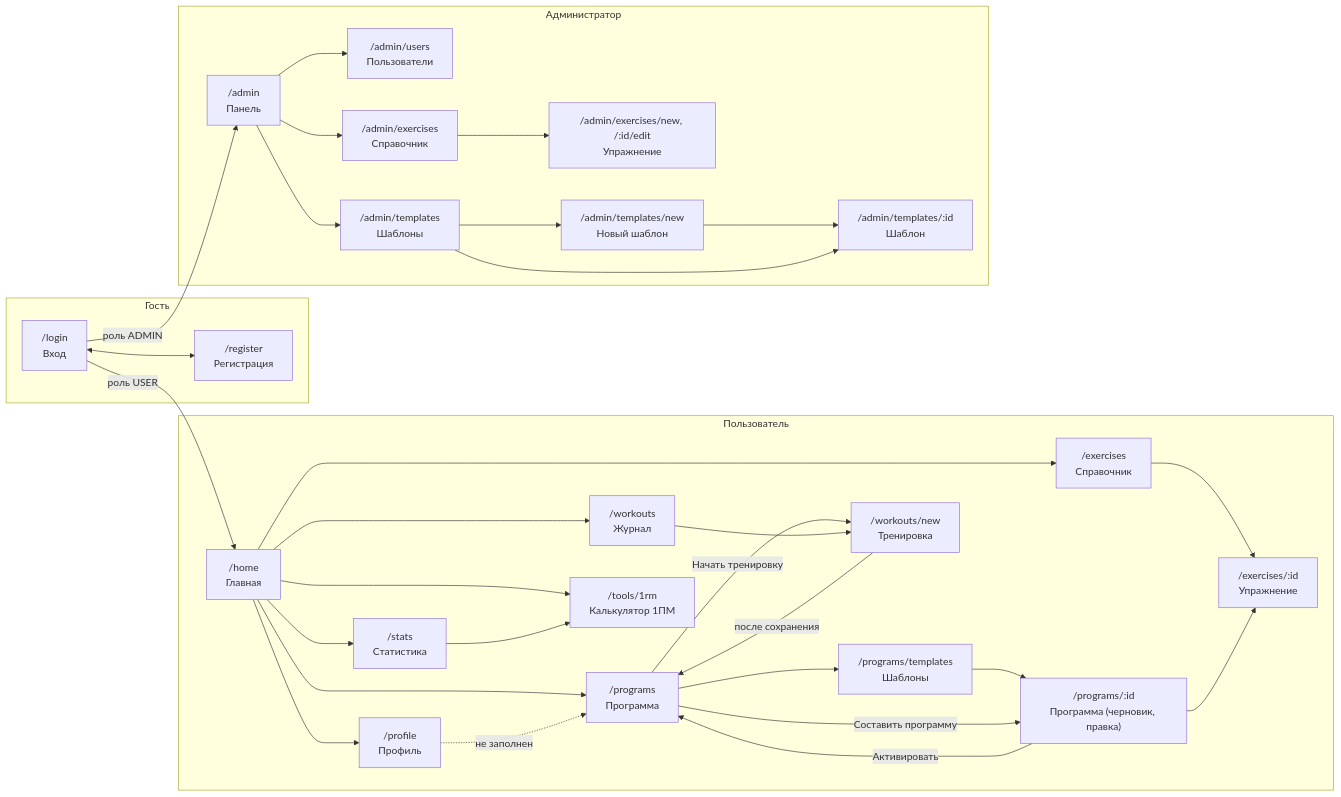
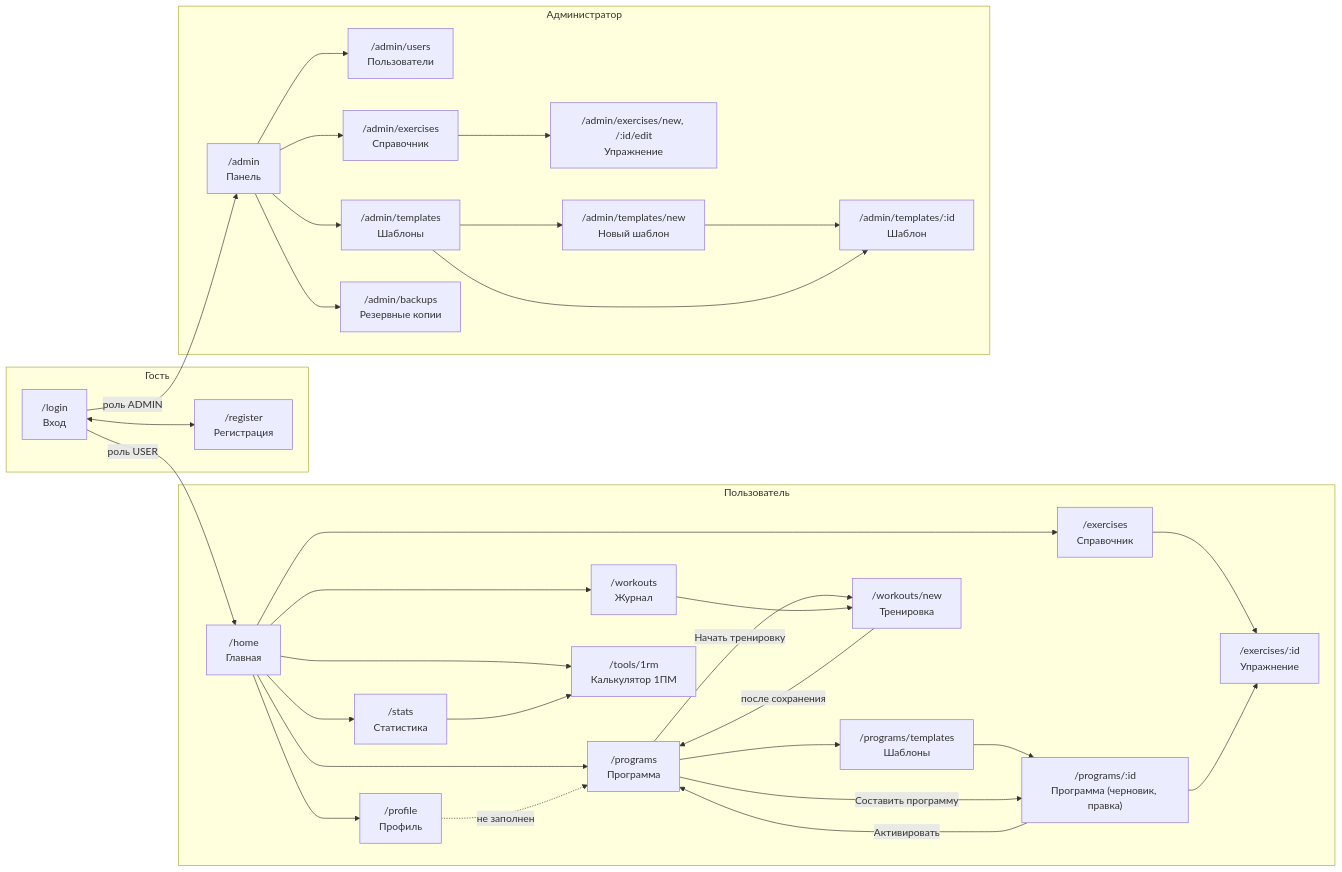
Before and after one commit to lightasphodel/gym_work: the diagram in docs/navigation.md, drawn with Mermaid. The commit also changed other lines of this file and 33 other files, not shown here.

````diff
--- a/docs/navigation.md
+++ b/docs/navigation.md
@@ -5,49 +5,50 @@
 ```mermaid
 flowchart LR
   subgraph Гость
     login["/login<br>Вход"] <--> register["/register<br>Регистрация"]
   end
 
   login -- "роль USER" --> home
   login -- "роль ADMIN" --> admin
 
   subgraph Пользователь
     home["/home<br>Главная"]
     programs["/programs<br>Программа"]
     templates["/programs/templates<br>Шаблоны"]
     program["/programs/:id<br>Программа (черновик, правка)"]
     wnew["/workouts/new<br>Тренировка"]
     journal["/workouts<br>Журнал"]
     stats["/stats<br>Статистика"]
     ex["/exercises<br>Справочник"]
     exone["/exercises/:id<br>Упражнение"]
     rm["/tools/1rm<br>Калькулятор 1ПМ"]
     profile["/profile<br>Профиль"]
 
     home --> programs & journal & stats & rm & ex & profile
     programs --> templates --> program
     programs -- "Составить программу" --> program
     programs -- "Начать тренировку" --> wnew
     program -- "Активировать" --> programs
     wnew -- "после сохранения" --> programs
     journal --> wnew
     stats --> rm
     ex --> exone
     program --> exone
     profile -. "не заполнен" .-> programs
   end
 
   subgraph Администратор
     admin["/admin<br>Панель"]
     users["/admin/users<br>Пользователи"]
     aex["/admin/exercises<br>Справочник"]
     aexform["/admin/exercises/new, /:id/edit<br>Упражнение"]
     atpl["/admin/templates<br>Шаблоны"]
     atplnew["/admin/templates/new<br>Новый шаблон"]
     atplone["/admin/templates/:id<br>Шаблон"]
-    admin --> users & aex & atpl
+    abk["/admin/backups<br>Резервные копии"]
+    admin --> users & aex & atpl & abk
     aex --> aexform
     atpl --> atplnew --> atplone
     atpl --> atplone
   end
 ```
````
